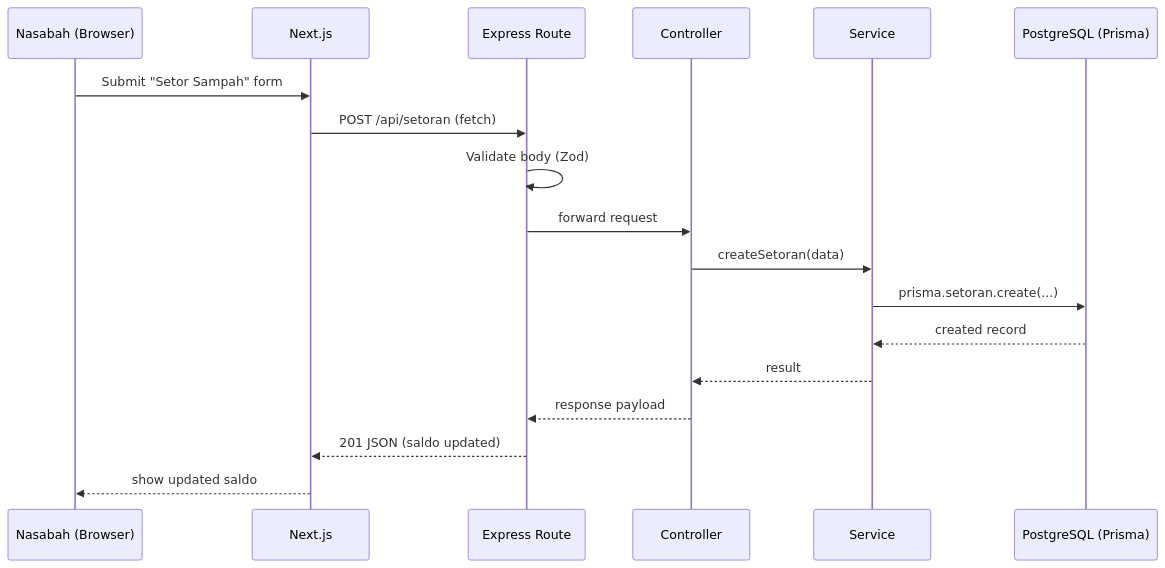
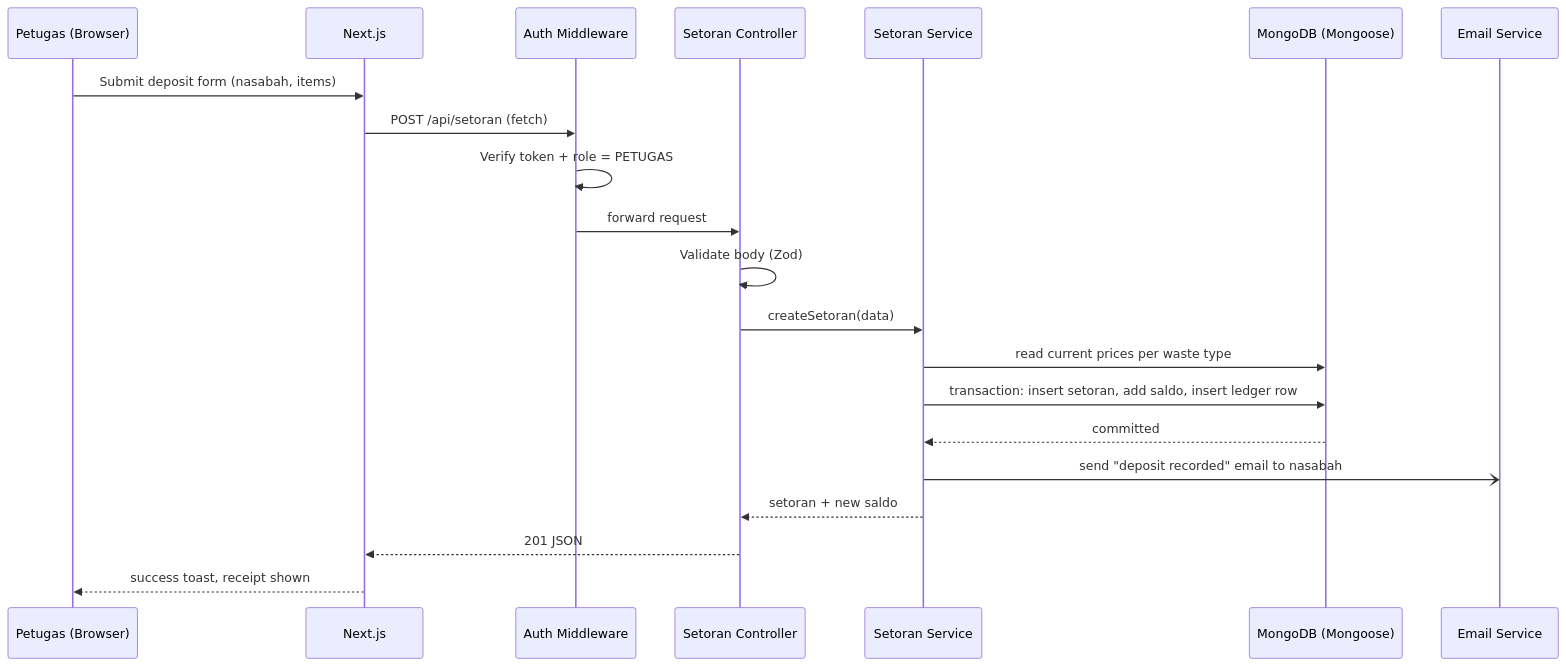
The second of 3 diagrams in docs/architecture.md (nael0407/US4-Bank-Sampah), drawn with Mermaid before and after one commit. The commit also changed other lines of this file, not shown here.

Commit message:
docs(architecture): align english doc to us4 and mongodb

````diff
--- a/docs/architecture.md
+++ b/docs/architecture.md
@@ -47,21 +54,24 @@
 ```mermaid
 sequenceDiagram
-    participant U as Nasabah (Browser)
+    participant PT as Petugas (Browser)
     participant FE as Next.js
-    participant RT as Express Route
-    participant CT as Controller
-    participant SV as Service
-    participant DB as PostgreSQL (Prisma)
+    participant MW as Auth Middleware
+    participant CT as Setoran Controller
+    participant SV as Setoran Service
+    participant DB as MongoDB (Mongoose)
+    participant EM as Email Service
 
-    U->>FE: Submit "Setor Sampah" form
-    FE->>RT: POST /api/setoran (fetch)
-    RT->>RT: Validate body (Zod)
-    RT->>CT: forward request
+    PT->>FE: Submit deposit form (nasabah, items)
+    FE->>MW: POST /api/setoran (fetch)
+    MW->>MW: Verify token + role = PETUGAS
+    MW->>CT: forward request
+    CT->>CT: Validate body (Zod)
     CT->>SV: createSetoran(data)
-    SV->>DB: prisma.setoran.create(...)
-    DB-->>SV: created record
-    SV-->>CT: result
-    CT-->>RT: response payload
-    RT-->>FE: 201 JSON (saldo updated)
-    FE-->>U: show updated saldo
+    SV->>DB: read current prices per waste type
+    SV->>DB: transaction: insert setoran, add saldo, insert ledger row
+    DB-->>SV: committed
+    SV-)EM: send "deposit recorded" email to nasabah
+    SV-->>CT: setoran + new saldo
+    CT-->>FE: 201 JSON
+    FE-->>PT: success toast, receipt shown
 ```
````
